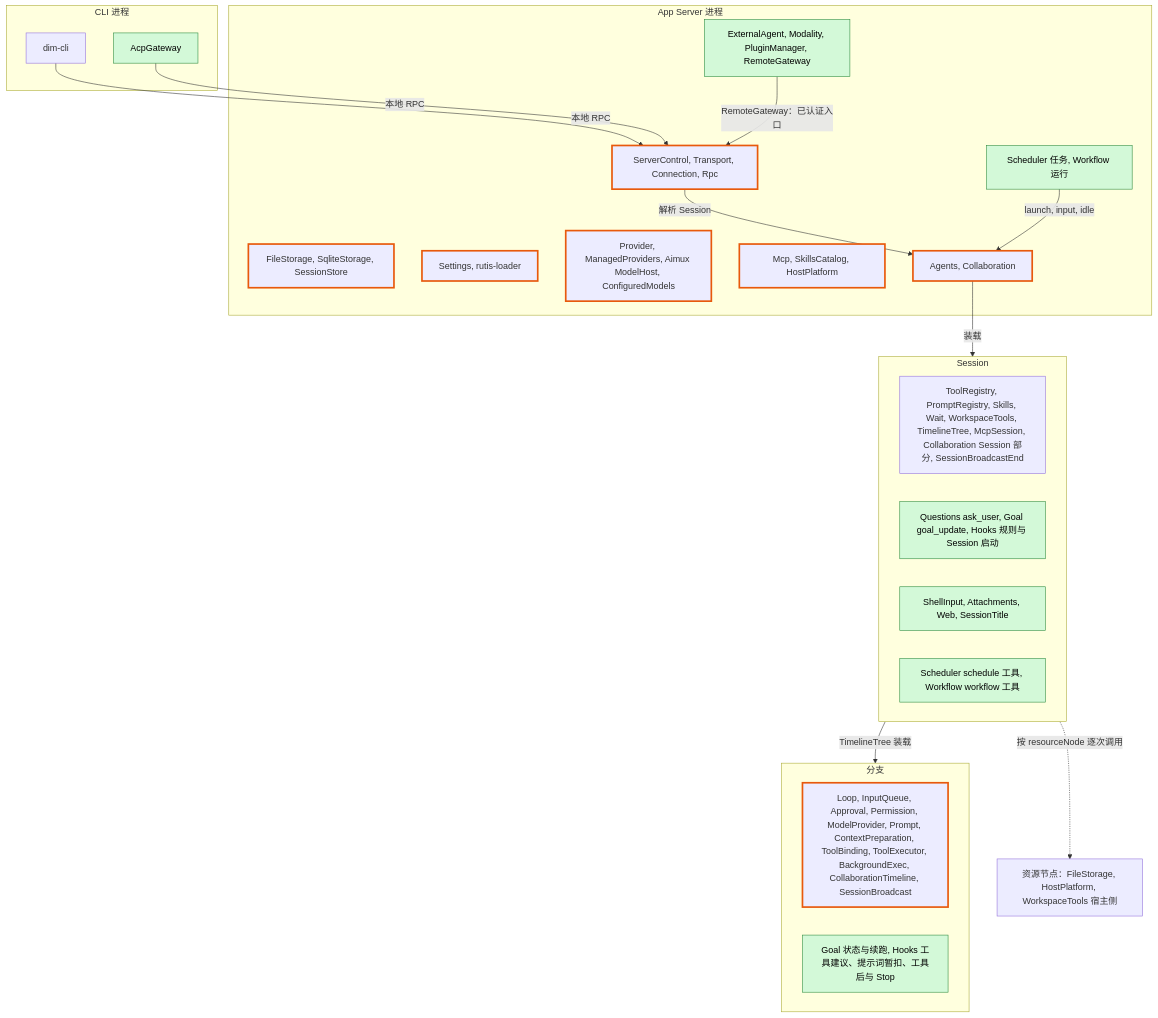
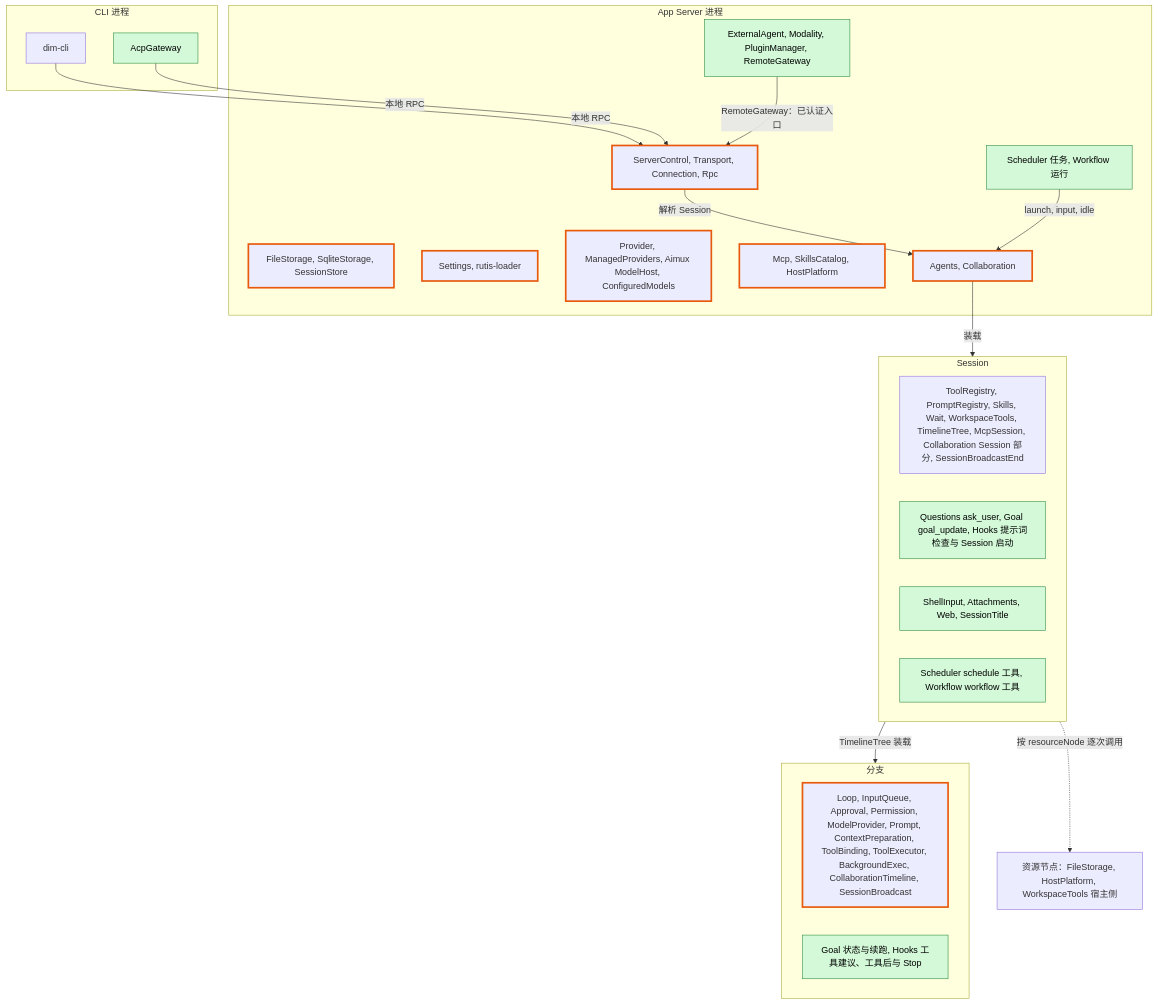
The first of 8 diagrams in docs/zh/design/overview.md (CoutinhoTTS/dim-agent), drawn with Mermaid before and after one commit. The commit also changed other lines of this file and 3 other files, not shown here.

````diff
--- a/docs/zh/design/overview.md
+++ b/docs/zh/design/overview.md
@@ -25,40 +25,40 @@
 ```mermaid
 flowchart TB
   classDef new fill:#d3f9d8,stroke:#2b8a3e,color:#000
   classDef changed stroke:#e8590c,stroke-width:3px
 
   subgraph CLIP["CLI 进程"]
     cli["dim-cli"]
     acp["AcpGateway"]:::new
   end
   subgraph PROC["App Server 进程"]
     entry["ServerControl, Transport, Connection, Rpc"]:::changed
     store["FileStorage, SqliteStorage, SessionStore"]:::changed
     cfg["Settings, rutis-loader"]:::changed
     models["Provider, ManagedProviders, Aimux ModelHost, ConfiguredModels"]:::changed
     cat["Mcp, SkillsCatalog, HostPlatform"]:::changed
     agents["Agents, Collaboration"]:::changed
     pnew["Scheduler 任务, Workflow 运行"]:::new
     pext["ExternalAgent, Modality, PluginManager, RemoteGateway"]:::new
   end
   subgraph SES["Session"]
     sexist["ToolRegistry, PromptRegistry, Skills, Wait, WorkspaceTools, TimelineTree, McpSession, Collaboration Session 部分, SessionBroadcastEnd"]
-    snew1["Questions ask_user, Goal goal_update, Hooks 规则与 Session 启动"]:::new
+    snew1["Questions ask_user, Goal goal_update, Hooks 提示词检查与 Session 启动"]:::new
     snew2["ShellInput, Attachments, Web, SessionTitle"]:::new
     snew3["Scheduler schedule 工具, Workflow workflow 工具"]:::new
   end
   subgraph BR["分支"]
     bexist["Loop, InputQueue, Approval, Permission, ModelProvider, Prompt, ContextPreparation, ToolBinding, ToolExecutor, BackgroundExec, CollaborationTimeline, SessionBroadcast"]:::changed
-    bnew["Goal 状态与续跑, Hooks 工具建议、提示词暂扣、工具后与 Stop"]:::new
+    bnew["Goal 状态与续跑, Hooks 工具建议、工具后与 Stop"]:::new
   end
   rn["资源节点：FileStorage, HostPlatform, WorkspaceTools 宿主侧"]
 
   cli -->|"本地 RPC"| entry
   acp -->|"本地 RPC"| entry
   pext -->|"RemoteGateway：已认证入口"| entry
   entry -->|"解析 Session"| agents
   agents -->|"装载"| SES
   SES -->|"TimelineTree 装载"| BR
   pnew -->|"launch, input, idle"| agents
   SES -.->|"按 resourceNode 逐次调用"| rn
 ```
````
